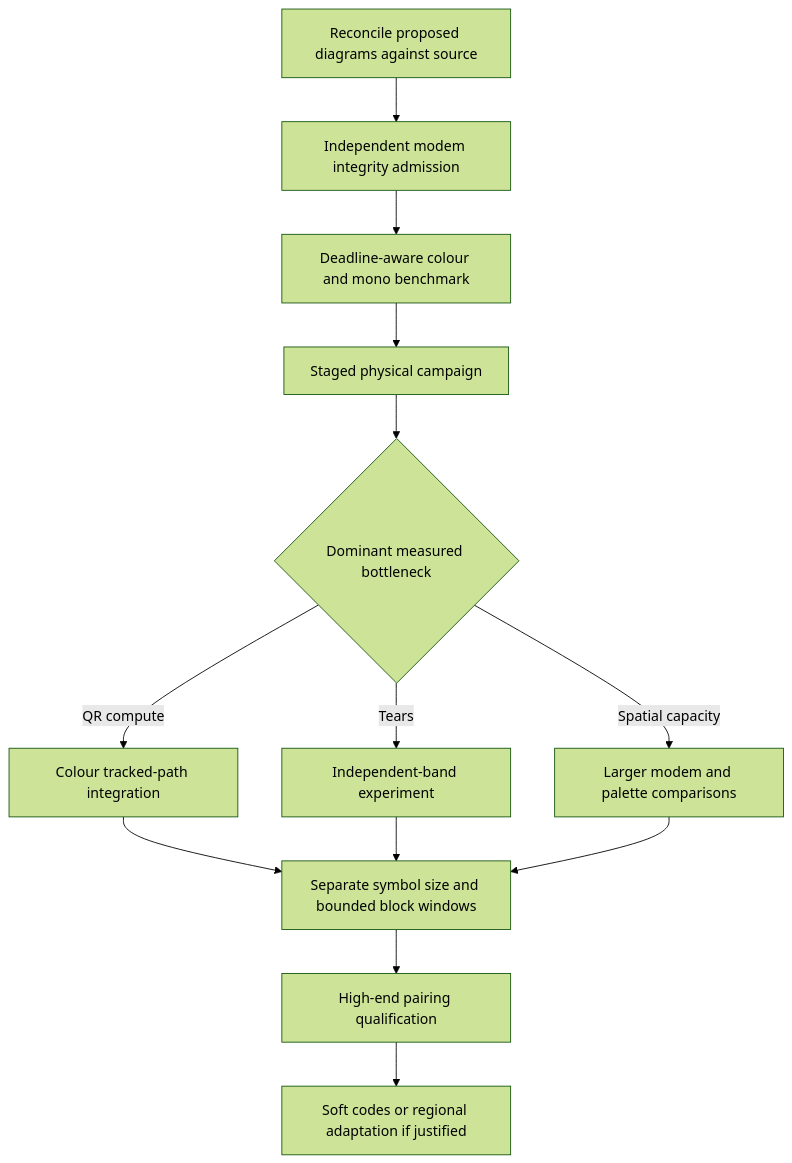
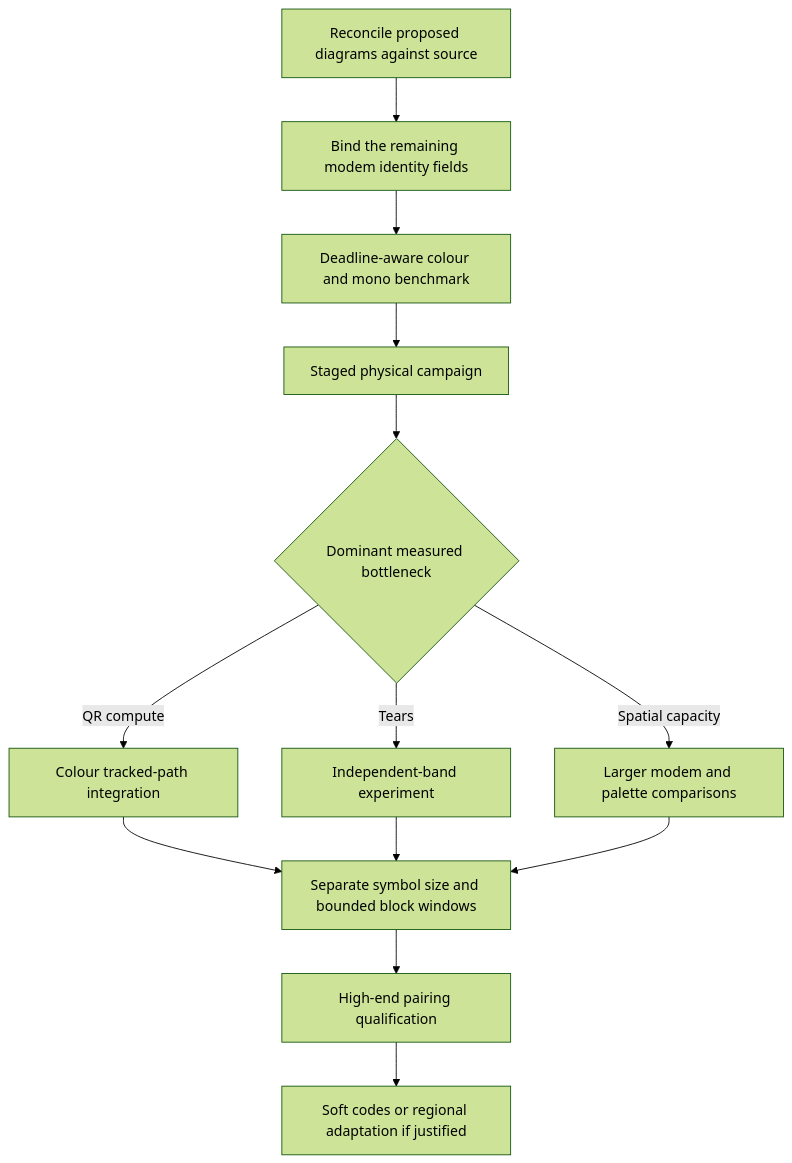
The fourth of 4 diagrams in docs/optical-transfer/VALIDATION.md (fderuiter/QRCraftly-web), drawn with Mermaid (forest theme) before and after one commit. The commit also changed other lines of this file and 25 other files, not shown here.

````diff
--- a/docs/optical-transfer/VALIDATION.md
+++ b/docs/optical-transfer/VALIDATION.md
@@ -95,15 +95,15 @@
 ```mermaid
 flowchart TD
-  Docs["Reconcile proposed diagrams against source"] --> Integrity["Independent modem integrity admission"]
+  Docs["Reconcile proposed diagrams against source"] --> Integrity["Bind the remaining modem identity fields"]
   Integrity --> Bench["Deadline-aware colour and mono benchmark"]
   Bench --> Devices["Staged physical campaign"]
   Devices --> Choice{"Dominant measured bottleneck"}
   Choice -->|QR compute| Tracked["Colour tracked-path integration"]
   Choice -->|Tears| Bands["Independent-band experiment"]
   Choice -->|Spatial capacity| Modem["Larger modem and palette comparisons"]
   Tracked --> Scale["Separate symbol size and bounded block windows"]
   Bands --> Scale
   Modem --> Scale
   Scale --> Peak["High-end pairing qualification"]
   Peak --> Advanced["Soft codes or regional adaptation if justified"]
 ```
````
